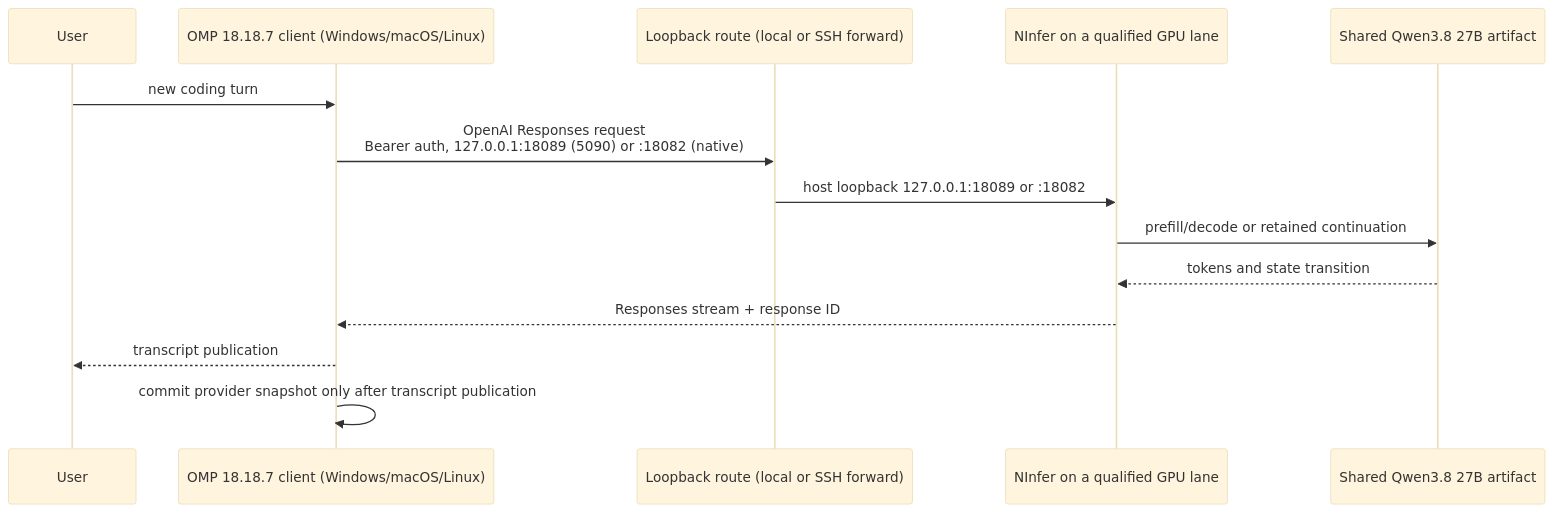
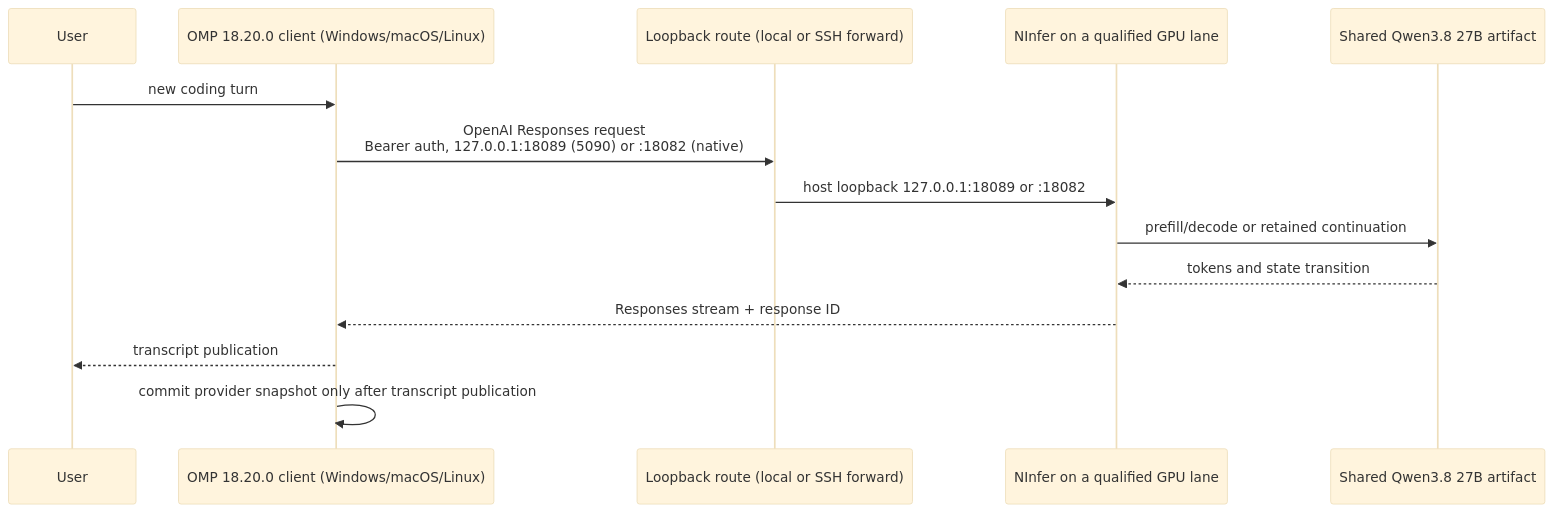
The diagram in docs/ARCHITECTURE.md (alphastorm/omp-ninfer), drawn with Mermaid (base theme) before and after one commit. The commit also changed other lines of this file and 23 other files, not shown here.

````diff
--- a/docs/ARCHITECTURE.md
+++ b/docs/ARCHITECTURE.md
@@ -12,17 +12,17 @@
 ```mermaid
 sequenceDiagram
     participant User
-    participant OMP as OMP 18.18.7 client (Windows/macOS/Linux)
+    participant OMP as OMP 18.20.0 client (Windows/macOS/Linux)
     participant Route as Loopback route (local or SSH forward)
     participant NInfer as NInfer on a qualified GPU lane
     participant GPU as Shared Qwen3.8 27B artifact
 
     User->>OMP: new coding turn
     OMP->>Route: OpenAI Responses request<br/>Bearer auth, 127.0.0.1:18089 (5090) or :18082 (native)
     Route->>NInfer: host loopback 127.0.0.1:18089 or :18082
     NInfer->>GPU: prefill/decode or retained continuation
     GPU-->>NInfer: tokens and state transition
     NInfer-->>OMP: Responses stream + response ID
     OMP-->>User: transcript publication
     OMP->>OMP: commit provider snapshot only after transcript publication
 ```
````
